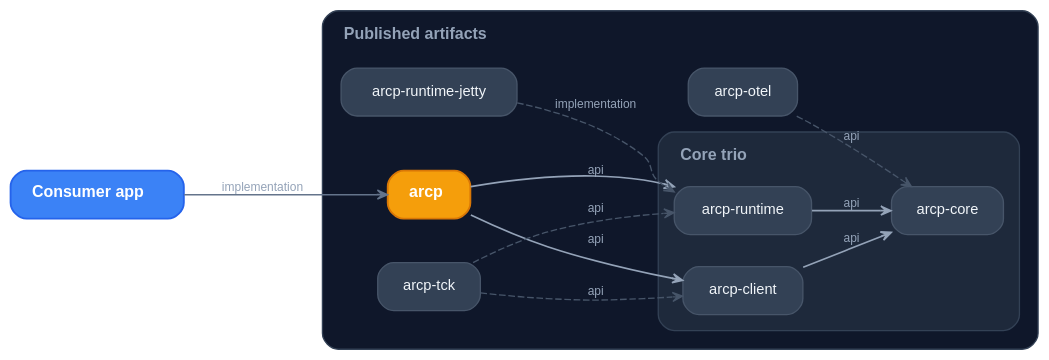
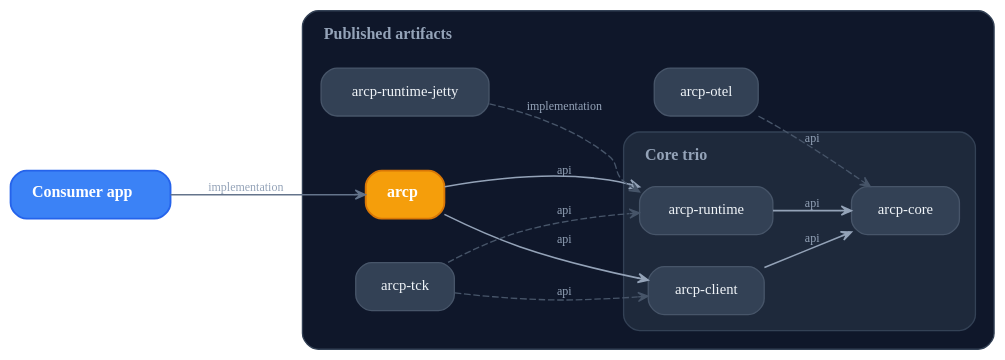
The diagram in docs/diagrams/module-graph-dark.dot (agentruntimecontrolprotocol/java-sdk), drawn with Graphviz before and after one commit. The commit also changed 23 other files, not shown here.

First line of the commit message:
Harmonize Graphviz diagrams with the ARCP design system

```diff
--- a/docs/diagrams/module-graph-dark.dot
+++ b/docs/diagrams/module-graph-dark.dot
@@ -1,93 +1,93 @@
 // Module graph for the ARCP Java SDK (dark variant). Structurally identical
 // to module-graph-light.dot; only color hex codes differ.
 
 digraph ModuleGraph {
   rankdir=LR;
   bgcolor="transparent";
   compound=true;
-  fontname="Helvetica";
+  fontname="TT Commons Pro Trial";
   splines=spline;
   nodesep=0.34;
   ranksep=0.62;
   pad="0.35,0.25";
 
   node [
     shape=box,
     style="rounded,filled",
     fillcolor="#334155",
     color="#475569",
-    fontname="Helvetica",
+    fontname="TT Commons Pro Trial",
     fontsize=11,
     fontcolor="#F1F5F9",
     margin="0.22,0.11",
     penwidth=1.0
   ];
   edge [
-    fontname="Helvetica",
+    fontname="TT Commons Pro Trial",
     fontsize=9,
     fontcolor="#94A3B8",
     color="#64748B",
     penwidth=1.1,
     arrowsize=0.75,
     arrowhead=vee
   ];
 
   Consumer [
     label=<<FONT POINT-SIZE="12"><B>Consumer app</B></FONT>>,
     fillcolor="#3B82F6", color="#2563EB",
     fontcolor="white", penwidth=1.4
   ];
 
   subgraph cluster_published {
     label=<<TABLE BORDER="0" CELLBORDER="0" CELLPADDING="0" CELLSPACING="0"><TR><TD COLSPAN="3" HEIGHT="8"></TD></TR><TR><TD WIDTH="8"></TD><TD><FONT POINT-SIZE="12"><B>Published artifacts</B></FONT></TD><TD WIDTH="8"></TD></TR></TABLE>>;
     style="rounded,filled";
     fillcolor="#0F172A";
     color="#334155";
-    fontname="Helvetica";
+    fontname="TT Commons Pro Trial";
     fontcolor="#94A3B8";
     margin=14;
     labeljust=l;
     penwidth=1.0;
 
     Umbrella [
       label=<<FONT POINT-SIZE="12"><B>arcp</B></FONT>>,
       fillcolor="#F59E0B", color="#D97706",
       fontcolor="white", penwidth=1.4
     ];
 
     subgraph cluster_core {
       label=<<TABLE BORDER="0" CELLBORDER="0" CELLPADDING="0" CELLSPACING="0"><TR><TD COLSPAN="3" HEIGHT="8"></TD></TR><TR><TD WIDTH="8"></TD><TD><FONT POINT-SIZE="12"><B>Core trio</B></FONT></TD><TD WIDTH="8"></TD></TR></TABLE>>;
       style="rounded,filled";
       fillcolor="#1E293B";
       color="#334155";
-      fontname="Helvetica";
+      fontname="TT Commons Pro Trial";
       fontcolor="#94A3B8";
       margin=12;
       labeljust=l;
       penwidth=1.0;
 
       Client [label="arcp-client"];
       Runtime [label="arcp-runtime"];
       Core [label="arcp-core"];
       { rank=same; Client; Runtime; }
     }
 
     Jetty [label="arcp-runtime-jetty"];
     Otel [label="arcp-otel"];
     Tck [label="arcp-tck"];
   }
 
   Consumer -> Umbrella [label="implementation"];
 
   edge [color="#94A3B8", penwidth=1.2];
   Umbrella -> Client [label="api"];
   Umbrella -> Runtime [label="api"];
   Client -> Core [label="api"];
   Runtime -> Core [label="api"];
 
   edge [color="#475569", penwidth=1.0, style=dashed];
   Jetty -> Runtime [label="implementation"];
   Otel -> Core [label="api"];
   Tck -> Client [label="api"];
   Tck -> Runtime [label="api"];
 }
```
